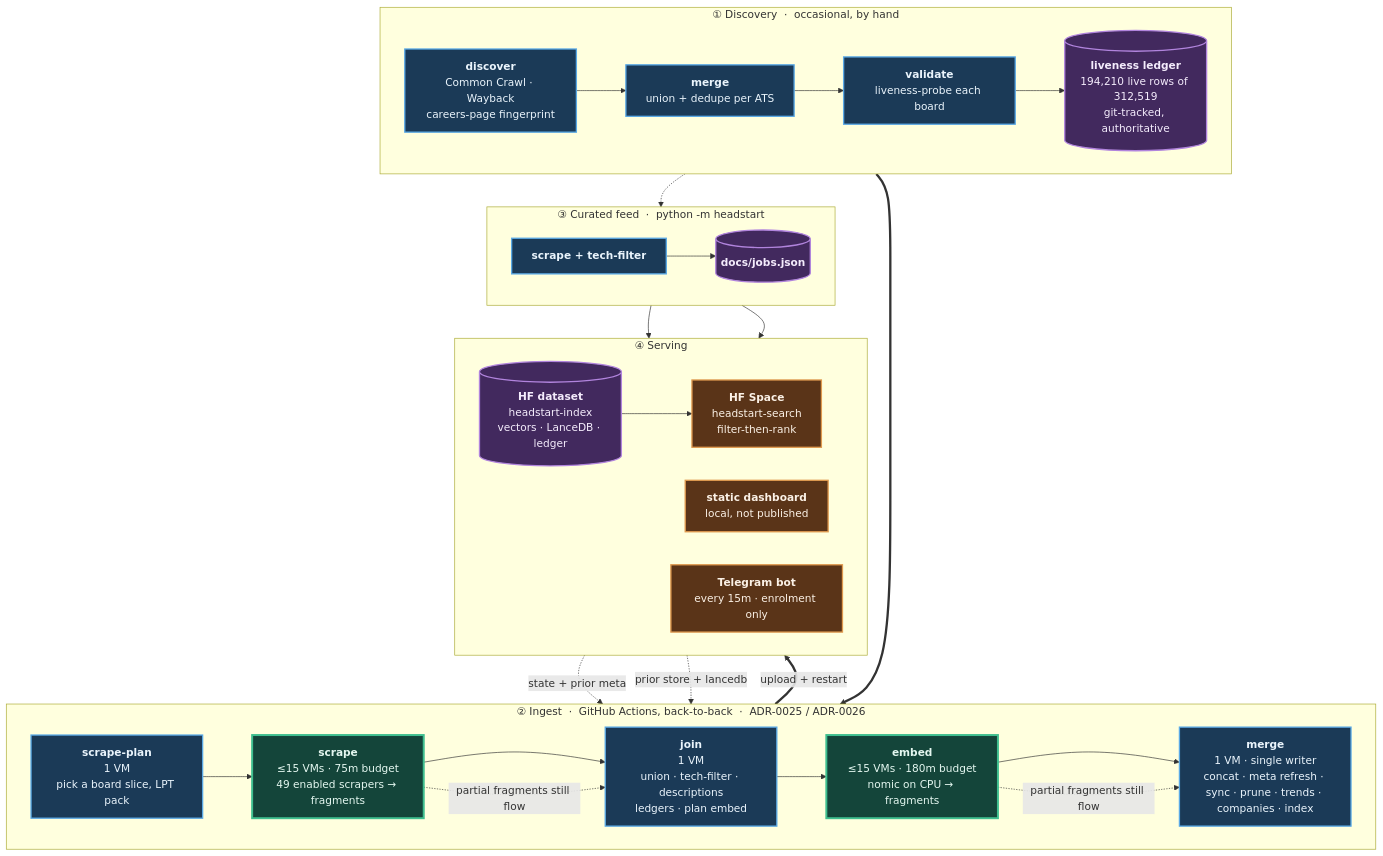
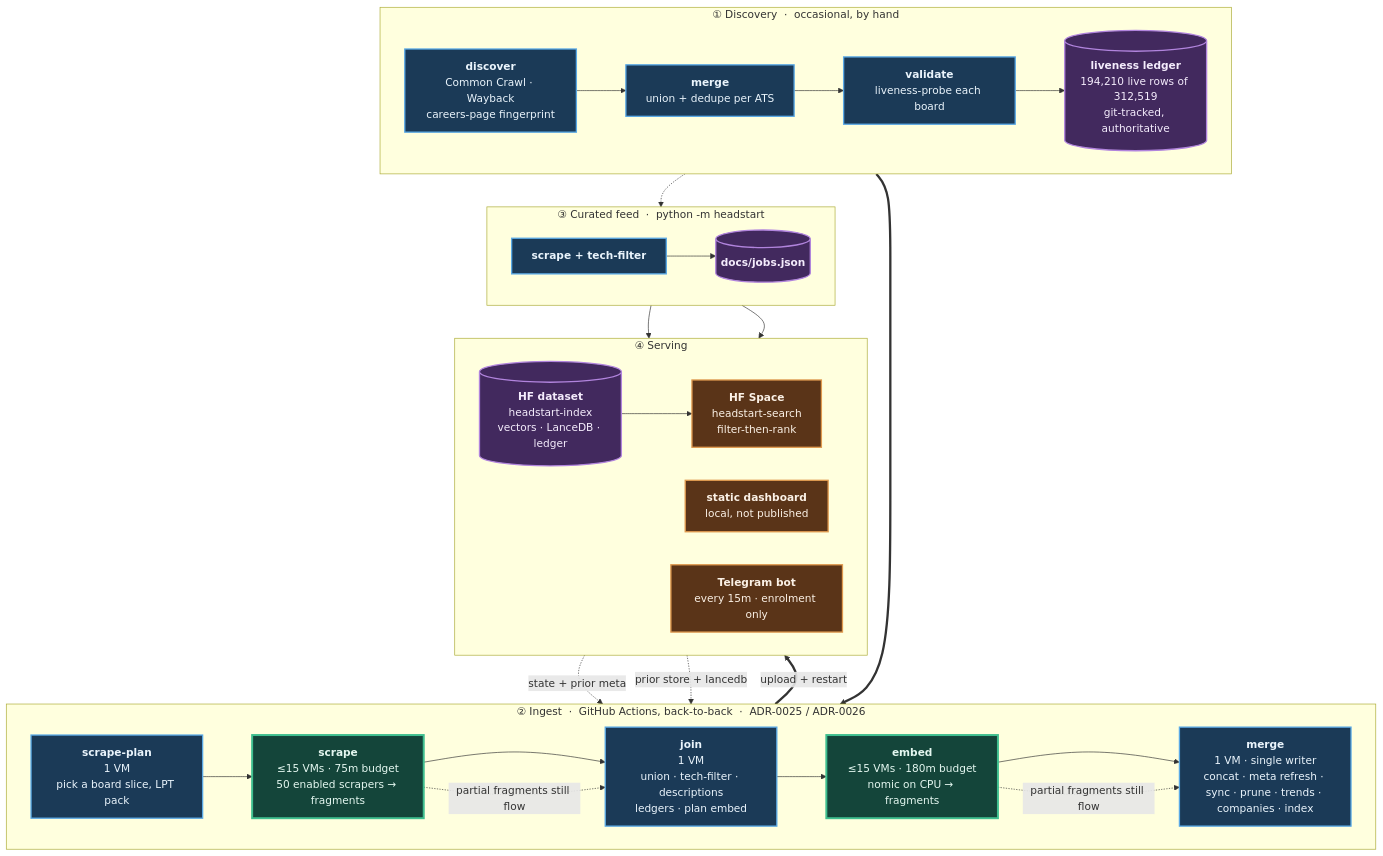
The diagram in README.md (sarthakjain004/headstart), drawn with Mermaid before and after one commit. The commit also changed other lines of this file and 18 other files, not shown here.

````diff
--- a/README.md
+++ b/README.md
@@ -184,56 +185,56 @@
 ```mermaid
 flowchart TB
     subgraph D["① Discovery &nbsp;·&nbsp; occasional, by hand"]
         direction LR
         D1["<b>discover</b><br/>Common Crawl · Wayback<br/>careers-page fingerprint"]
         D2["<b>merge</b><br/>union + dedupe per ATS"]
         D3["<b>validate</b><br/>liveness-probe each board"]
         D4[("<b>liveness ledger</b><br/>194,210 live rows of 312,519<br/>git-tracked, authoritative")]
         D1 --> D2 --> D3 --> D4
     end
 
     subgraph P["② Ingest &nbsp;·&nbsp; GitHub Actions, back-to-back &nbsp;·&nbsp; ADR-0025 / ADR-0026"]
         direction LR
         P1["<b>scrape-plan</b><br/>1 VM<br/>pick a board slice, LPT pack"]
-        P2["<b>scrape</b><br/>≤15 VMs · 75m budget<br/>49 enabled scrapers → fragments"]
+        P2["<b>scrape</b><br/>≤15 VMs · 75m budget<br/>50 enabled scrapers → fragments"]
         P3["<b>join</b><br/>1 VM<br/>union · tech-filter · descriptions<br/>ledgers · plan embed"]
         P4["<b>embed</b><br/>≤15 VMs · 180m budget<br/>nomic on CPU → fragments"]
         P5["<b>merge</b><br/>1 VM · single writer<br/>concat · meta refresh · sync · prune · trends · companies · index"]
         P1 --> P2 --> P3 --> P4 --> P5
     end
 
     subgraph F["③ Curated feed &nbsp;·&nbsp; python -m headstart"]
         direction LR
         F1["<b>scrape + tech-filter</b>"]
         F2[("<b>docs/jobs.json</b>")]
         F1 --> F2
     end
 
     subgraph S["④ Serving"]
         direction LR
         S1[("<b>HF dataset</b><br/>headstart-index<br/>vectors · LanceDB · ledger")]
         S2["<b>HF Space</b><br/>headstart-search<br/>filter-then-rank"]
         S3["<b>static dashboard</b><br/>local, not published"]
         S4["<b>Telegram bot</b><br/>every 15m · enrolment only"]
         S1 --> S2
     end
 
     D4 ==> P1
     S1 -. "state + prior meta" .-> P1
     S1 -. "prior store + lancedb" .-> P5
     D4 -.-> F1
     P5 ==>|"upload + restart"| S1
     F2 --> S3
     F2 --> S4
     P2 -. "partial fragments still flow" .-> P3
     P4 -. "partial fragments still flow" .-> P5
 
     classDef serial fill:#1b3a57,stroke:#5aa9e6,stroke-width:2px,color:#eaf4fc
     classDef fan fill:#14453a,stroke:#3fbf8f,stroke-width:3px,color:#e4f7f0
     classDef store fill:#42295e,stroke:#b184dd,stroke-width:2px,color:#f4ecfc
     classDef serve fill:#5a3418,stroke:#e09a4f,stroke-width:2px,color:#fbf1e6
     class D1,D2,D3,P1,P3,P5,F1 serial
     class P2,P4 fan
     class D4,F2,S1 store
     class S2,S3,S4 serve
 ```
````
